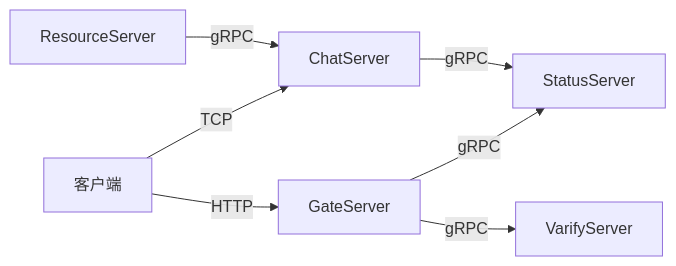
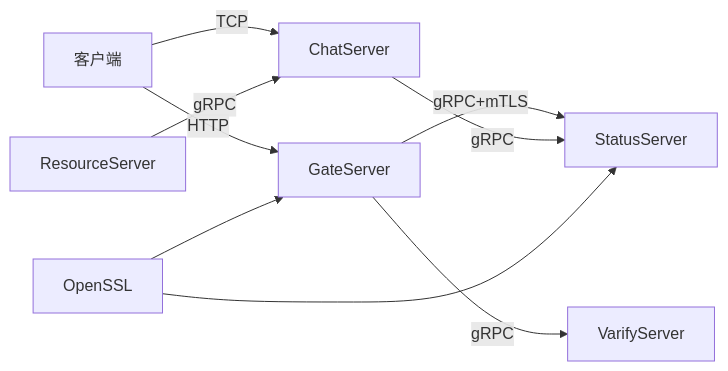
One commit to echo9923/mychatter changed the eighth of 8 diagrams in .qoder/repowiki/zh/content/安全设计/数据安全保护/传输安全.md. Above: the diagram before and after it, drawn with Mermaid. The commit also changed other lines of this file and 107 other files, not shown here.

````diff
--- a/.qoder/repowiki/zh/content/安全设计/数据安全保护/传输安全.md
+++ b/.qoder/repowiki/zh/content/安全设计/数据安全保护/传输安全.md
@@ -250,9 +319,11 @@
 ```mermaid
 graph LR
 Client["客户端"] --> |HTTP| Gate["GateServer"]
 Client --> |TCP| Chat["ChatServer"]
-Gate --> |gRPC| Status["StatusServer"]
+Gate --> |gRPC+mTLS| Status["StatusServer"]
 Gate --> |gRPC| Verify["VarifyServer"]
 Chat --> |gRPC| Status
 Resource["ResourceServer"] --> |gRPC| Chat
+OpenSSL["OpenSSL"] --> Gate
+OpenSSL --> Status
 ```
````
